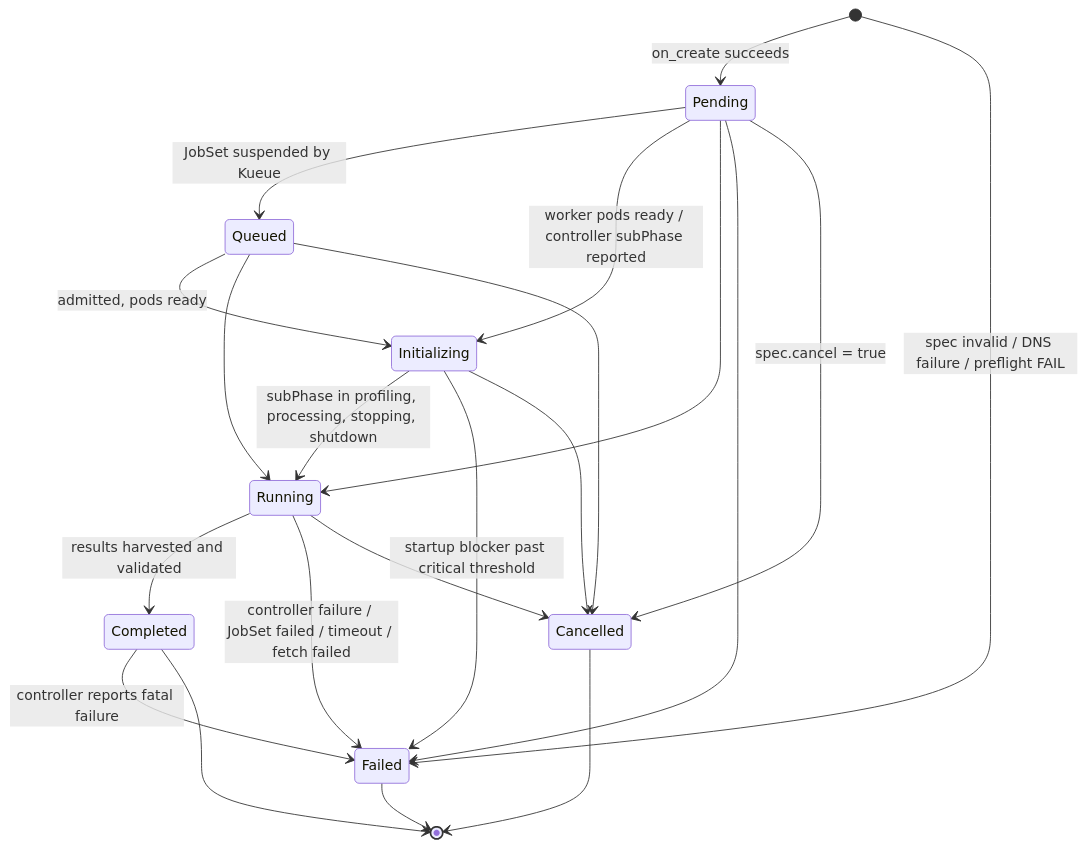
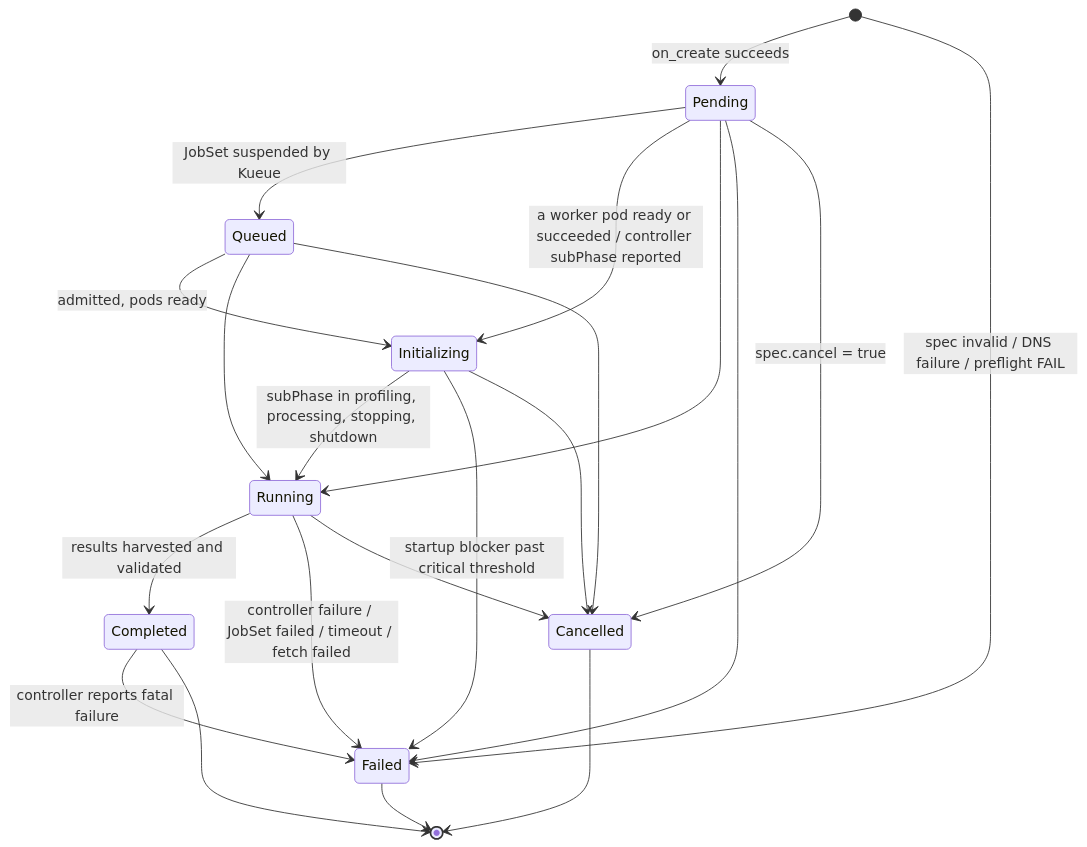
The third of 7 diagrams in docs/kubernetes/operator.md (ai-dynamo/aiperf), drawn with Mermaid before and after one commit. The commit also changed other lines of this file, not shown here.

````diff
--- a/docs/kubernetes/operator.md
+++ b/docs/kubernetes/operator.md
@@ -149,23 +152,23 @@
 ```mermaid
 stateDiagram-v2
     [*] --> Pending: on_create succeeds
     [*] --> Failed: spec invalid / DNS failure / preflight FAIL
     Pending --> Queued: JobSet suspended by Kueue
     Queued --> Initializing: admitted, pods ready
-    Pending --> Initializing: worker pods ready / controller subPhase reported
+    Pending --> Initializing: a worker pod ready or succeeded / controller subPhase reported
     Initializing --> Running: subPhase in profiling, processing, stopping, shutdown
     Pending --> Running
     Queued --> Running
     Running --> Completed: results harvested and validated
     Running --> Failed: controller failure / JobSet failed / timeout / fetch failed
     Initializing --> Failed: startup blocker past critical threshold
     Pending --> Failed
     Pending --> Cancelled: spec.cancel = true
     Queued --> Cancelled
     Initializing --> Cancelled
     Running --> Cancelled
     Completed --> Failed: controller reports fatal failure
     Completed --> [*]
     Failed --> [*]
     Cancelled --> [*]
 ```
````
